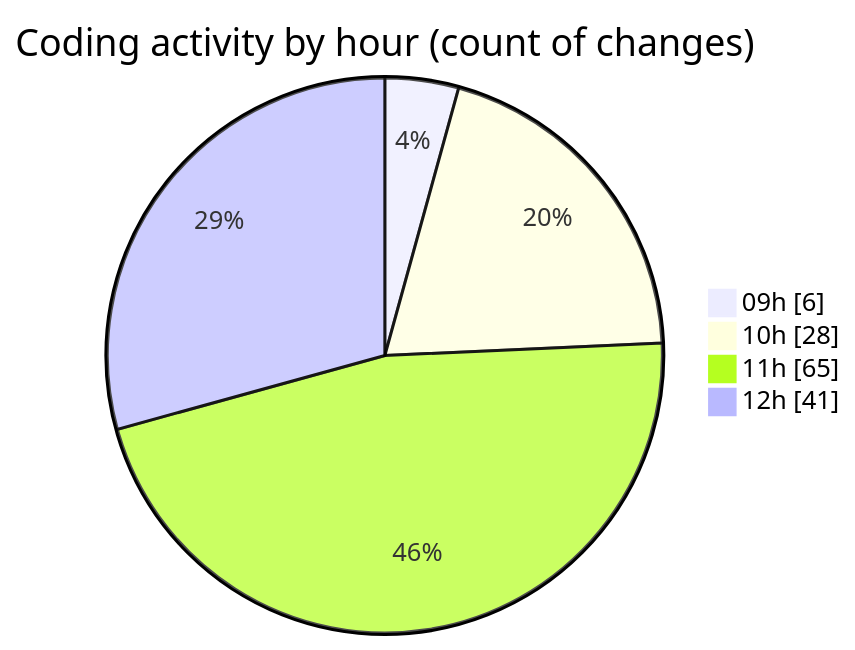
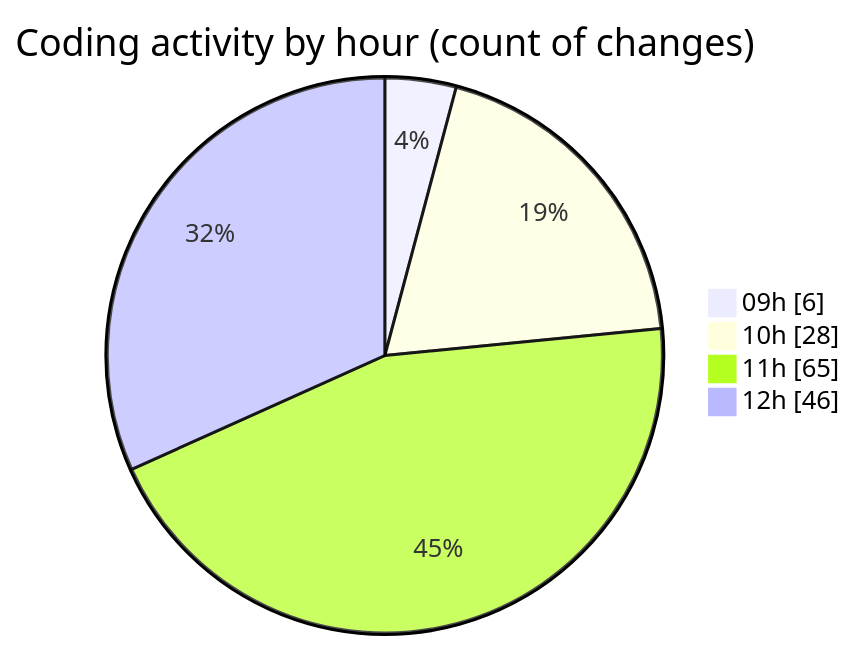
Before and after one commit to momahboobian/code-tracking: the second of 2 diagrams in 2025-03-27/cda/README.md, drawn with Mermaid. The commit also changed other lines of this file and 1 other file, not shown here.

````diff
--- a/2025-03-27/cda/README.md
+++ b/2025-03-27/cda/README.md
@@ -30,8 +30,8 @@
 ```mermaid
 pie showData
 title Coding activity by hour (count of changes)
 "09h" : 6
 "10h" : 28
 "11h" : 65
-"12h" : 41
+"12h" : 46
 ```
````
